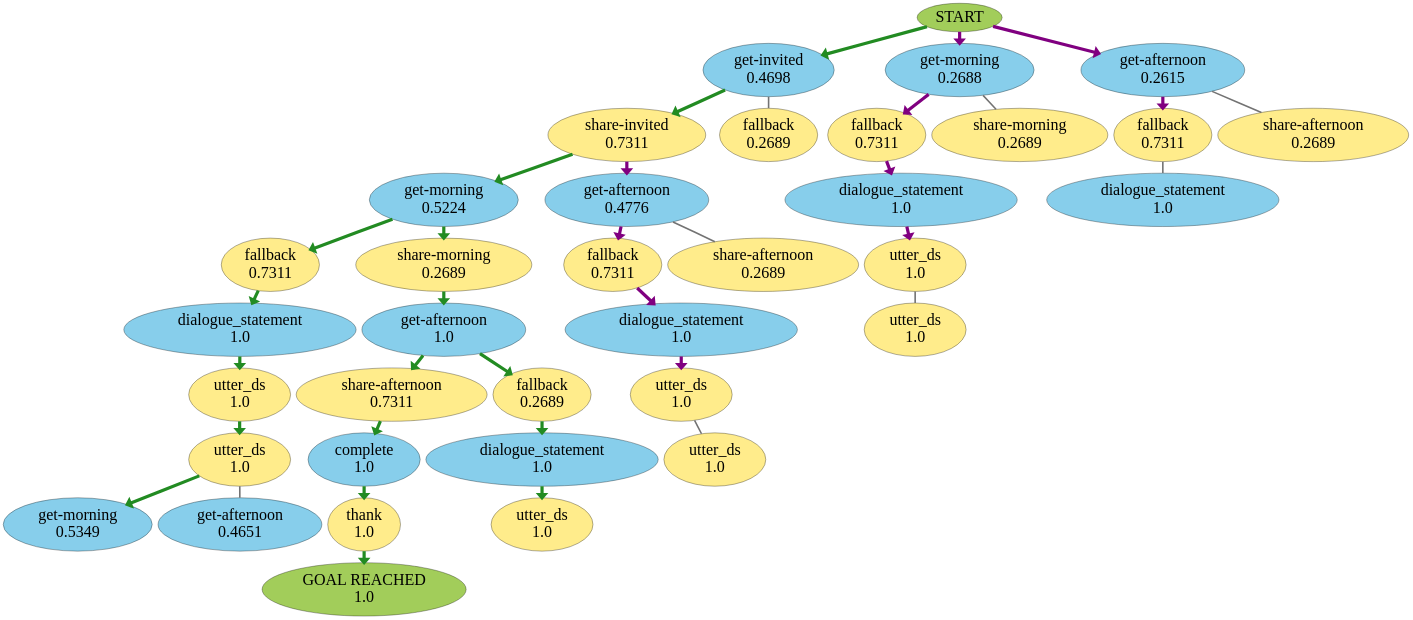
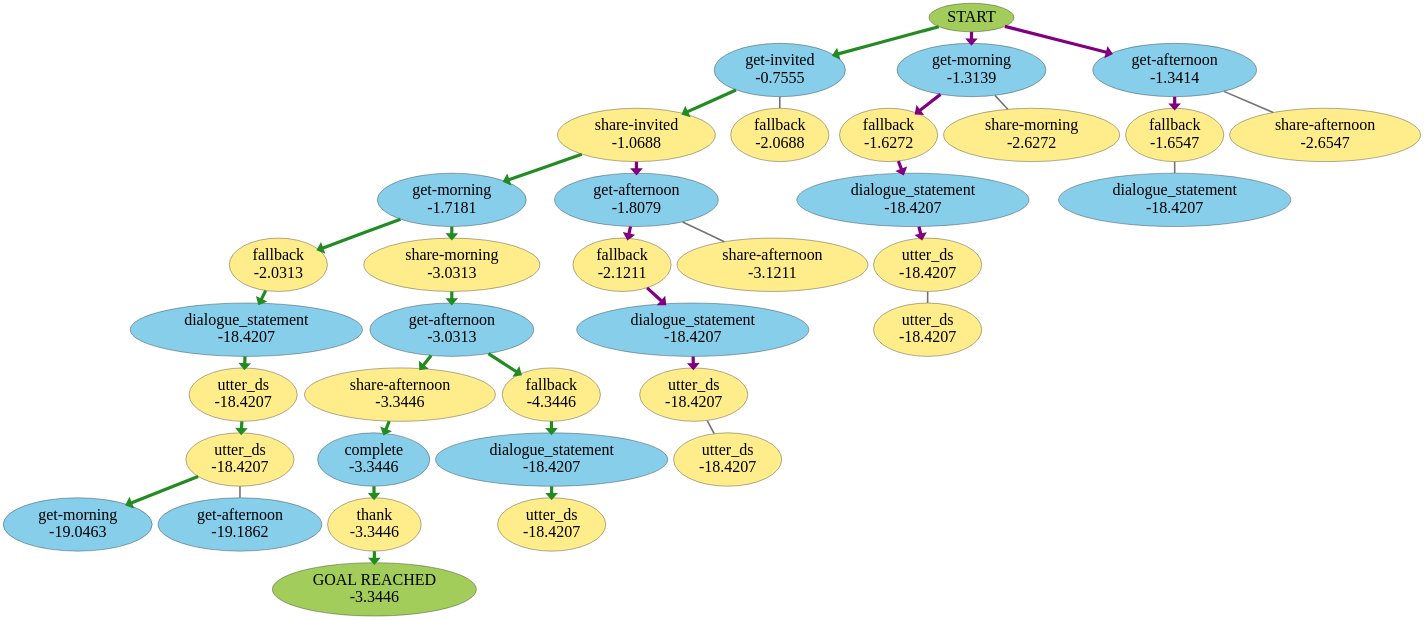
Before and after one commit to IBM/contingent-plan-executor: the diagram in icaps_entity_drop_goal.gv, drawn with Graphviz. The commit also changed 3 other files, not shown here.

Commit message:
final icaps graphs:)

```diff
--- a/icaps_entity_drop_goal.gv
+++ b/icaps_entity_drop_goal.gv
@@ -1,132 +1,132 @@
 strict digraph {
 	0 [label=START fillcolor=darkolivegreen3 fontsize=50 style=filled]
 	1 [label="get-invited
-0.4698" fillcolor=skyblue fontsize=50 style=filled]
+-0.7555" fillcolor=skyblue fontsize=50 style=filled]
 	0 -> 1 [arrowhead=normal color=purple penwidth=10.0]
 	2 [label="get-morning
-0.2688" fillcolor=skyblue fontsize=50 style=filled]
+-1.3139" fillcolor=skyblue fontsize=50 style=filled]
 	0 -> 2 [arrowhead=normal color=purple penwidth=10.0]
 	3 [label="get-afternoon
-0.2615" fillcolor=skyblue fontsize=50 style=filled]
+-1.3414" fillcolor=skyblue fontsize=50 style=filled]
 	0 -> 3 [arrowhead=normal color=purple penwidth=10.0]
 	4 [label="share-invited
-0.7311" fillcolor=lightgoldenrod1 fontsize=50 style=filled]
+-1.0688" fillcolor=lightgoldenrod1 fontsize=50 style=filled]
 	1 -> 4 [arrowhead=normal color=purple penwidth=10.0]
 	5 [label="fallback
-0.2689" fillcolor=lightgoldenrod1 fontsize=50 style=filled]
+-2.0688" fillcolor=lightgoldenrod1 fontsize=50 style=filled]
 	1 -> 5 [arrowhead=none color=grey45 penwidth=5.0]
 	6 [label="fallback
-0.7311" fillcolor=lightgoldenrod1 fontsize=50 style=filled]
+-1.6272" fillcolor=lightgoldenrod1 fontsize=50 style=filled]
 	2 -> 6 [arrowhead=normal color=purple penwidth=10.0]
 	7 [label="share-morning
-0.2689" fillcolor=lightgoldenrod1 fontsize=50 style=filled]
+-2.6272" fillcolor=lightgoldenrod1 fontsize=50 style=filled]
 	2 -> 7 [arrowhead=none color=grey45 penwidth=5.0]
 	8 [label="fallback
-0.7311" fillcolor=lightgoldenrod1 fontsize=50 style=filled]
+-1.6547" fillcolor=lightgoldenrod1 fontsize=50 style=filled]
 	3 -> 8 [arrowhead=normal color=purple penwidth=10.0]
 	9 [label="share-afternoon
-0.2689" fillcolor=lightgoldenrod1 fontsize=50 style=filled]
+-2.6547" fillcolor=lightgoldenrod1 fontsize=50 style=filled]
 	3 -> 9 [arrowhead=none color=grey45 penwidth=5.0]
 	10 [label="get-morning
-0.5224" fillcolor=skyblue fontsize=50 style=filled]
+-1.7181" fillcolor=skyblue fontsize=50 style=filled]
 	4 -> 10 [arrowhead=normal color=purple penwidth=10.0]
 	11 [label="get-afternoon
-0.4776" fillcolor=skyblue fontsize=50 style=filled]
+-1.8079" fillcolor=skyblue fontsize=50 style=filled]
 	4 -> 11 [arrowhead=normal color=purple penwidth=10.0]
 	12 [label="dialogue_statement
-1.0" fillcolor=skyblue fontsize=50 style=filled]
+-18.4207" fillcolor=skyblue fontsize=50 style=filled]
 	6 -> 12 [arrowhead=normal color=purple penwidth=10.0]
 	13 [label="dialogue_statement
-1.0" fillcolor=skyblue fontsize=50 style=filled]
+-18.4207" fillcolor=skyblue fontsize=50 style=filled]
 	8 -> 13 [arrowhead=none color=grey45 penwidth=5.0]
 	14 [label="utter_ds
-1.0" fillcolor=lightgoldenrod1 fontsize=50 style=filled]
+-18.4207" fillcolor=lightgoldenrod1 fontsize=50 style=filled]
 	12 -> 14 [arrowhead=normal color=purple penwidth=10.0]
 	15 [label="fallback
-0.7311" fillcolor=lightgoldenrod1 fontsize=50 style=filled]
+-2.0313" fillcolor=lightgoldenrod1 fontsize=50 style=filled]
 	10 -> 15 [arrowhead=normal color=purple penwidth=10.0]
 	16 [label="share-morning
-0.2689" fillcolor=lightgoldenrod1 fontsize=50 style=filled]
+-3.0313" fillcolor=lightgoldenrod1 fontsize=50 style=filled]
 	10 -> 16 [arrowhead=normal color=purple penwidth=10.0]
 	17 [label="fallback
-0.7311" fillcolor=lightgoldenrod1 fontsize=50 style=filled]
+-2.1211" fillcolor=lightgoldenrod1 fontsize=50 style=filled]
 	11 -> 17 [arrowhead=normal color=purple penwidth=10.0]
 	18 [label="share-afternoon
-0.2689" fillcolor=lightgoldenrod1 fontsize=50 style=filled]
+-3.1211" fillcolor=lightgoldenrod1 fontsize=50 style=filled]
 	11 -> 18 [arrowhead=none color=grey45 penwidth=5.0]
 	19 [label="utter_ds
-1.0" fillcolor=lightgoldenrod1 fontsize=50 style=filled]
+-18.4207" fillcolor=lightgoldenrod1 fontsize=50 style=filled]
 	14 -> 19 [arrowhead=none color=grey45 penwidth=5.0]
 	20 [label="dialogue_statement
-1.0" fillcolor=skyblue fontsize=50 style=filled]
+-18.4207" fillcolor=skyblue fontsize=50 style=filled]
 	15 -> 20 [arrowhead=normal color=purple penwidth=10.0]
 	21 [label="dialogue_statement
-1.0" fillcolor=skyblue fontsize=50 style=filled]
+-18.4207" fillcolor=skyblue fontsize=50 style=filled]
 	17 -> 21 [arrowhead=normal color=purple penwidth=10.0]
 	22 [label="get-afternoon
-1.0" fillcolor=skyblue fontsize=50 style=filled]
+-3.0313" fillcolor=skyblue fontsize=50 style=filled]
 	16 -> 22 [arrowhead=normal color=purple penwidth=10.0]
 	23 [label="utter_ds
-1.0" fillcolor=lightgoldenrod1 fontsize=50 style=filled]
+-18.4207" fillcolor=lightgoldenrod1 fontsize=50 style=filled]
 	20 -> 23 [arrowhead=normal color=purple penwidth=10.0]
 	24 [label="utter_ds
-1.0" fillcolor=lightgoldenrod1 fontsize=50 style=filled]
+-18.4207" fillcolor=lightgoldenrod1 fontsize=50 style=filled]
 	21 -> 24 [arrowhead=normal color=purple penwidth=10.0]
 	25 [label="share-afternoon
-0.7311" fillcolor=lightgoldenrod1 fontsize=50 style=filled]
+-3.3446" fillcolor=lightgoldenrod1 fontsize=50 style=filled]
 	22 -> 25 [arrowhead=normal color=purple penwidth=10.0]
 	26 [label="fallback
-0.2689" fillcolor=lightgoldenrod1 fontsize=50 style=filled]
+-4.3446" fillcolor=lightgoldenrod1 fontsize=50 style=filled]
 	22 -> 26 [arrowhead=normal color=purple penwidth=10.0]
 	27 [label="utter_ds
-1.0" fillcolor=lightgoldenrod1 fontsize=50 style=filled]
+-18.4207" fillcolor=lightgoldenrod1 fontsize=50 style=filled]
 	23 -> 27 [arrowhead=normal color=purple penwidth=10.0]
 	28 [label="utter_ds
-1.0" fillcolor=lightgoldenrod1 fontsize=50 style=filled]
+-18.4207" fillcolor=lightgoldenrod1 fontsize=50 style=filled]
 	24 -> 28 [arrowhead=none color=grey45 penwidth=5.0]
 	29 [label="complete
-1.0" fillcolor=skyblue fontsize=50 style=filled]
+-3.3446" fillcolor=skyblue fontsize=50 style=filled]
 	25 -> 29 [arrowhead=normal color=purple penwidth=10.0]
 	30 [label="dialogue_statement
-1.0" fillcolor=skyblue fontsize=50 style=filled]
+-18.4207" fillcolor=skyblue fontsize=50 style=filled]
 	26 -> 30 [arrowhead=normal color=purple penwidth=10.0]
 	31 [label="get-morning
-0.5349" fillcolor=skyblue fontsize=50 style=filled]
+-19.0463" fillcolor=skyblue fontsize=50 style=filled]
 	27 -> 31 [arrowhead=normal color=purple penwidth=10.0]
 	32 [label="get-afternoon
-0.4651" fillcolor=skyblue fontsize=50 style=filled]
+-19.1862" fillcolor=skyblue fontsize=50 style=filled]
 	27 -> 32 [arrowhead=none color=grey45 penwidth=5.0]
 	33 [label="thank
-1.0" fillcolor=lightgoldenrod1 fontsize=50 style=filled]
+-3.3446" fillcolor=lightgoldenrod1 fontsize=50 style=filled]
 	29 -> 33 [arrowhead=normal color=purple penwidth=10.0]
 	34 [label="utter_ds
-1.0" fillcolor=lightgoldenrod1 fontsize=50 style=filled]
+-18.4207" fillcolor=lightgoldenrod1 fontsize=50 style=filled]
 	30 -> 34 [arrowhead=normal color=purple penwidth=10.0]
 	35 [label="GOAL REACHED
-1.0" fillcolor=darkolivegreen3 fontsize=50 style=filled]
+-3.3446" fillcolor=darkolivegreen3 fontsize=50 style=filled]
 	33 -> 35 [color=forestgreen penwidth=10.0]
 	0 -> 1 [arrowhead=normal color=forestgreen penwidth=10.0]
 	1 -> 4 [arrowhead=normal color=forestgreen penwidth=10.0]
 	4 -> 10 [arrowhead=normal color=forestgreen penwidth=10.0]
 	10 -> 16 [arrowhead=normal color=forestgreen penwidth=10.0]
 	16 -> 22 [arrowhead=normal color=forestgreen penwidth=10.0]
 	22 -> 25 [arrowhead=normal color=forestgreen penwidth=10.0]
 	25 -> 29 [arrowhead=normal color=forestgreen penwidth=10.0]
 	29 -> 33 [arrowhead=normal color=forestgreen penwidth=10.0]
 	0 -> 1 [arrowhead=normal color=forestgreen penwidth=10.0]
 	1 -> 4 [arrowhead=normal color=forestgreen penwidth=10.0]
 	4 -> 10 [arrowhead=normal color=forestgreen penwidth=10.0]
 	10 -> 16 [arrowhead=normal color=forestgreen penwidth=10.0]
 	16 -> 22 [arrowhead=normal color=forestgreen penwidth=10.0]
 	22 -> 26 [arrowhead=normal color=forestgreen penwidth=10.0]
 	26 -> 30 [arrowhead=normal color=forestgreen penwidth=10.0]
 	30 -> 34 [arrowhead=normal color=forestgreen penwidth=10.0]
 	0 -> 1 [arrowhead=normal color=forestgreen penwidth=10.0]
 	1 -> 4 [arrowhead=normal color=forestgreen penwidth=10.0]
 	4 -> 10 [arrowhead=normal color=forestgreen penwidth=10.0]
 	10 -> 15 [arrowhead=normal color=forestgreen penwidth=10.0]
 	15 -> 20 [arrowhead=normal color=forestgreen penwidth=10.0]
 	20 -> 23 [arrowhead=normal color=forestgreen penwidth=10.0]
 	23 -> 27 [arrowhead=normal color=forestgreen penwidth=10.0]
 	27 -> 31 [arrowhead=normal color=forestgreen penwidth=10.0]
 }
```
